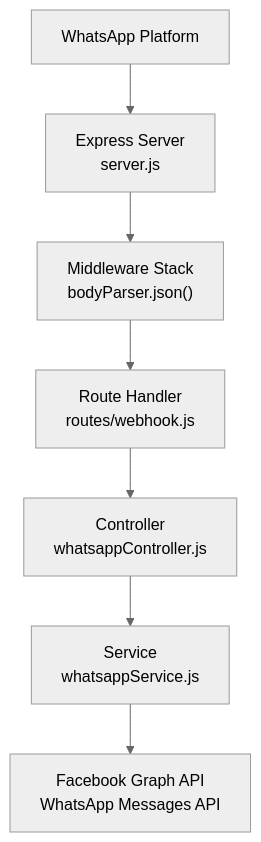
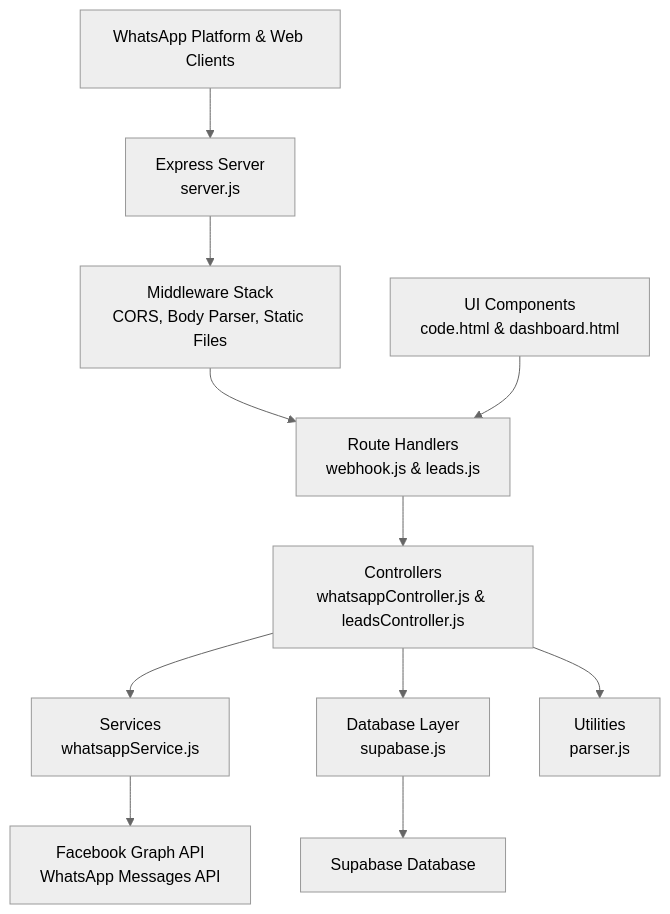
The second of 6 diagrams in .qoder/repowiki/en/content/System Architecture.md (hariom-wdsadhunik/SaaS-Project), drawn with Mermaid (neutral theme) before and after one commit. The commit also changed other lines of this file and 13 other files, not shown here.

````diff
--- a/.qoder/repowiki/en/content/System Architecture.md
+++ b/.qoder/repowiki/en/content/System Architecture.md
@@ -90,9 +147,13 @@
 ```mermaid
 graph TB
-Client["WhatsApp Platform"] --> S["Express Server<br/>server.js"]
-S --> MW["Middleware Stack<br/>bodyParser.json()"]
-MW --> R["Route Handler<br/>routes/webhook.js"]
-R --> CTRL["Controller<br/>whatsappController.js"]
-CTRL --> SVC["Service<br/>whatsappService.js"]
+Client["WhatsApp Platform & Web Clients"] --> S["Express Server<br/>server.js"]
+S --> MW["Middleware Stack<br/>CORS, Body Parser, Static Files"]
+MW --> R["Route Handlers<br/>webhook.js & leads.js"]
+R --> CTRL["Controllers<br/>whatsappController.js & leadsController.js"]
+CTRL --> SVC["Services<br/>whatsappService.js"]
+CTRL --> DB["Database Layer<br/>supabase.js"]
+CTRL --> UTIL["Utilities<br/>parser.js"]
 SVC --> FB["Facebook Graph API<br/>WhatsApp Messages API"]
+DB --> SUP["Supabase Database"]
+UI["UI Components<br/>code.html & dashboard.html"] --> R
 ```
````
